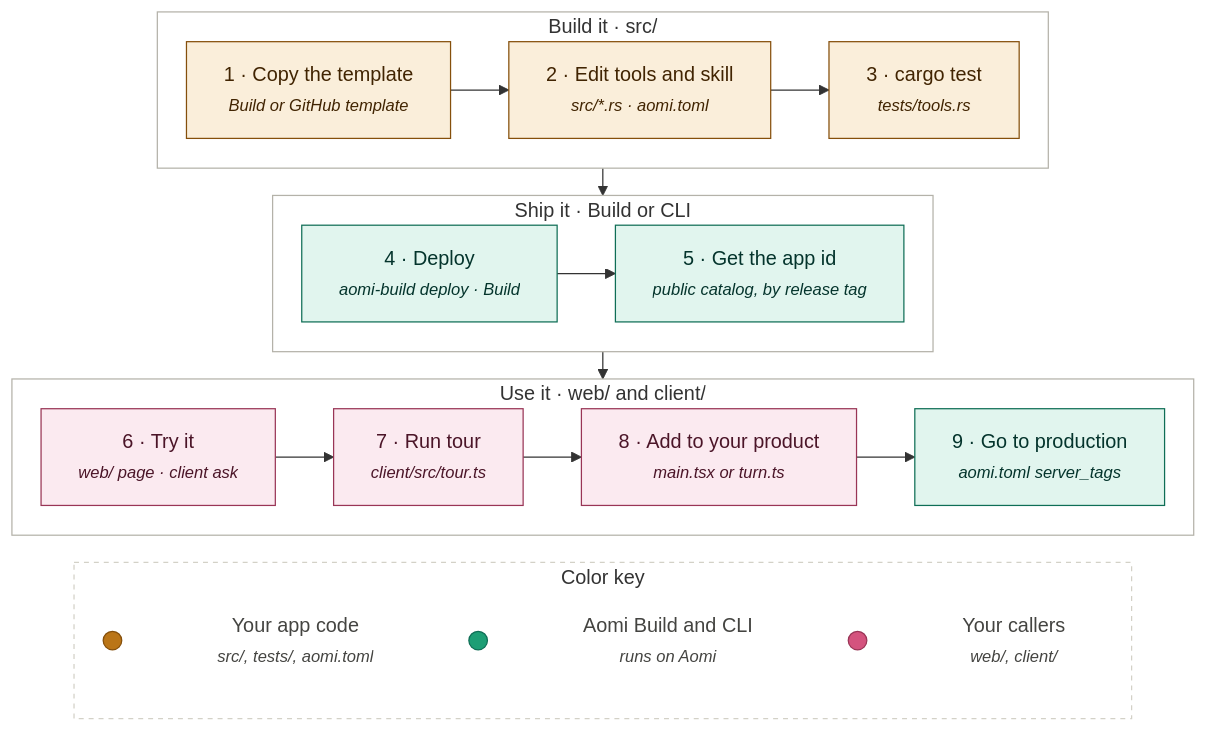
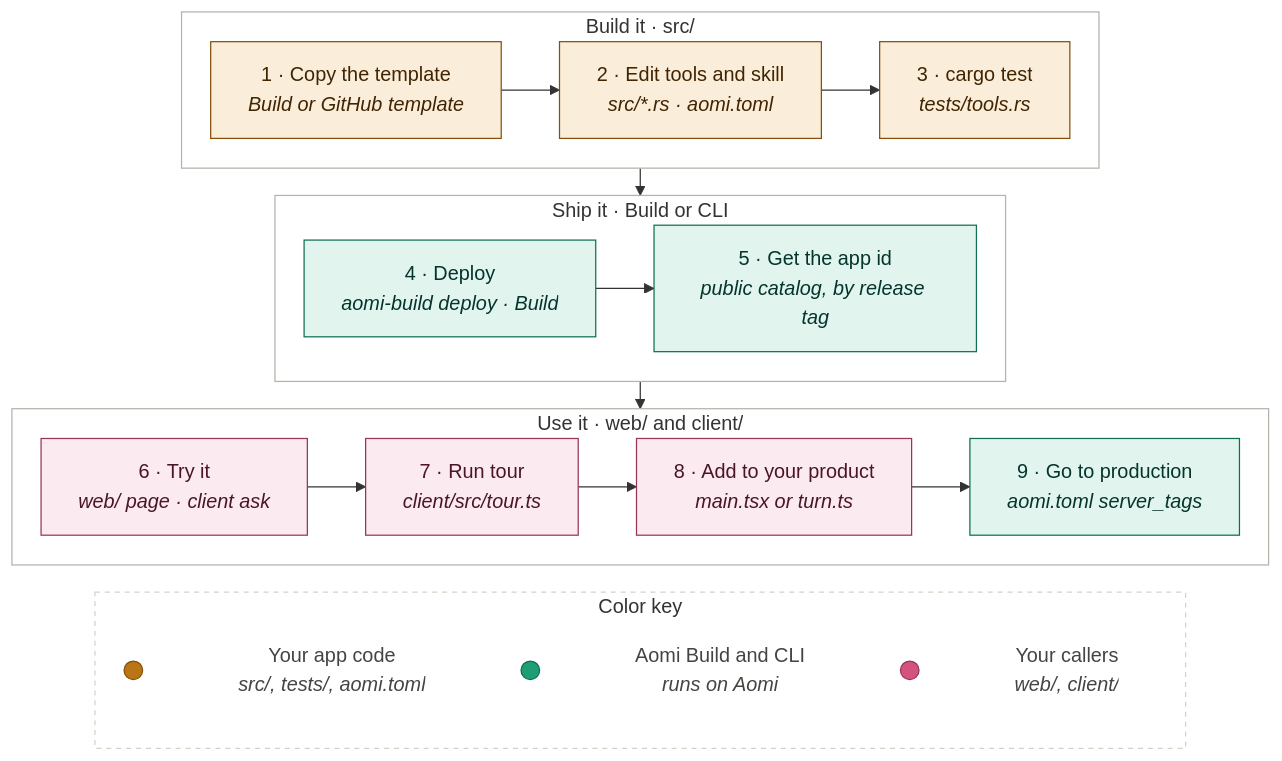
One commit to aomi-labs/playground-example changed the first of 2 diagrams in README.md. Above: the diagram before and after it, drawn with Mermaid.

Commit message:
Put the step table above the journey graph (#11)
GitHub drew the box notes larger than it sized the boxes, which cut off
two notes. Plain italic notes size correctly.

````diff
--- a/README.md
+++ b/README.md
@@ -9,41 +23,41 @@
 ```mermaid
 %%{init: {"flowchart": {"nodeSpacing": 28, "rankSpacing": 22}}}%%
 flowchart TB
   subgraph build["Build it · src/"]
     direction LR
-    copy["1 · Copy the template<br/><small><i>Build or GitHub template</i></small>"] --> edit["2 · Edit tools and skill<br/><small><i>src/*.rs · aomi.toml</i></small>"] --> test["3 · cargo test<br/><small><i>tests/tools.rs</i></small>"]
+    copy["1 · Copy the template<br/><i>Build or GitHub template</i>"] --> edit["2 · Edit tools and skill<br/><i>src/*.rs · aomi.toml</i>"] --> test["3 · cargo test<br/><i>tests/tools.rs</i>"]
   end
   subgraph ship["Ship it · Build or CLI"]
     direction LR
-    deploy["4 · Deploy<br/><small><i>aomi-build deploy · Build</i></small>"] --> appid["5 · Get the app id<br/><small><i>public catalog, by release tag</i></small>"]
+    deploy["4 · Deploy<br/><i>aomi-build deploy · Build</i>"] --> appid["5 · Get the app id<br/><i>public catalog, by release tag</i>"]
   end
   subgraph use["Use it · web/ and client/"]
     direction LR
-    try["6 · Try it<br/><small><i>web/ page · client ask</i></small>"] --> tour["7 · Run tour<br/><small><i>client/src/tour.ts</i></small>"] --> product["8 · Add to your product<br/><small><i>main.tsx or turn.ts</i></small>"] --> prod["9 · Go to production<br/><small><i>aomi.toml server_tags</i></small>"]
+    try["6 · Try it<br/><i>web/ page · client ask</i>"] --> tour["7 · Run tour<br/><i>client/src/tour.ts</i>"] --> product["8 · Add to your product<br/><i>main.tsx or turn.ts</i>"] --> prod["9 · Go to production<br/><i>aomi.toml server_tags</i>"]
   end
   subgraph legend["Color key"]
     direction LR
-    dApp((" ")) ~~~ kApp["Your app code<br/><small><i>src/, tests/, aomi.toml</i></small>"] ~~~ dAomi((" ")) ~~~ kAomi["Aomi Build and CLI<br/><small><i>runs on Aomi</i></small>"] ~~~ dCall((" ")) ~~~ kCall["Your callers<br/><small><i>web/, client/</i></small>"]
+    dApp((" ")) ~~~ kApp["Your app code<br/><i>src/, tests/, aomi.toml</i>"] ~~~ dAomi((" ")) ~~~ kAomi["Aomi Build and CLI<br/><i>runs on Aomi</i>"] ~~~ dCall((" ")) ~~~ kCall["Your callers<br/><i>web/, client/</i>"]
   end
   build --> ship --> use
   use ~~~ legend
 
   classDef app fill:#FAEEDA,stroke:#854F0B,color:#412402
   classDef callers fill:#FBEAF0,stroke:#993556,color:#4B1528
   classDef dotApp fill:#BA7517,stroke:#854F0B
   classDef dotAomi fill:#1D9E75,stroke:#0F6E56
   classDef dotCall fill:#D4537E,stroke:#993556
   classDef key fill:none,stroke:none,color:#444441
   classDef aomi fill:#E1F5EE,stroke:#0F6E56,color:#04342C
   class copy,edit,test app
   class try,tour,product callers
   class deploy,appid,prod aomi
   style build fill:#ffffff,stroke:#B4B2A9
   style ship fill:#ffffff,stroke:#B4B2A9
   style use fill:#ffffff,stroke:#B4B2A9
   style legend fill:#ffffff,stroke:#D3D1C7,stroke-dasharray:4 4
   class kApp,kAomi,kCall key
   class dApp dotApp
   class dAomi dotAomi
   class dCall dotCall
 ```
````
